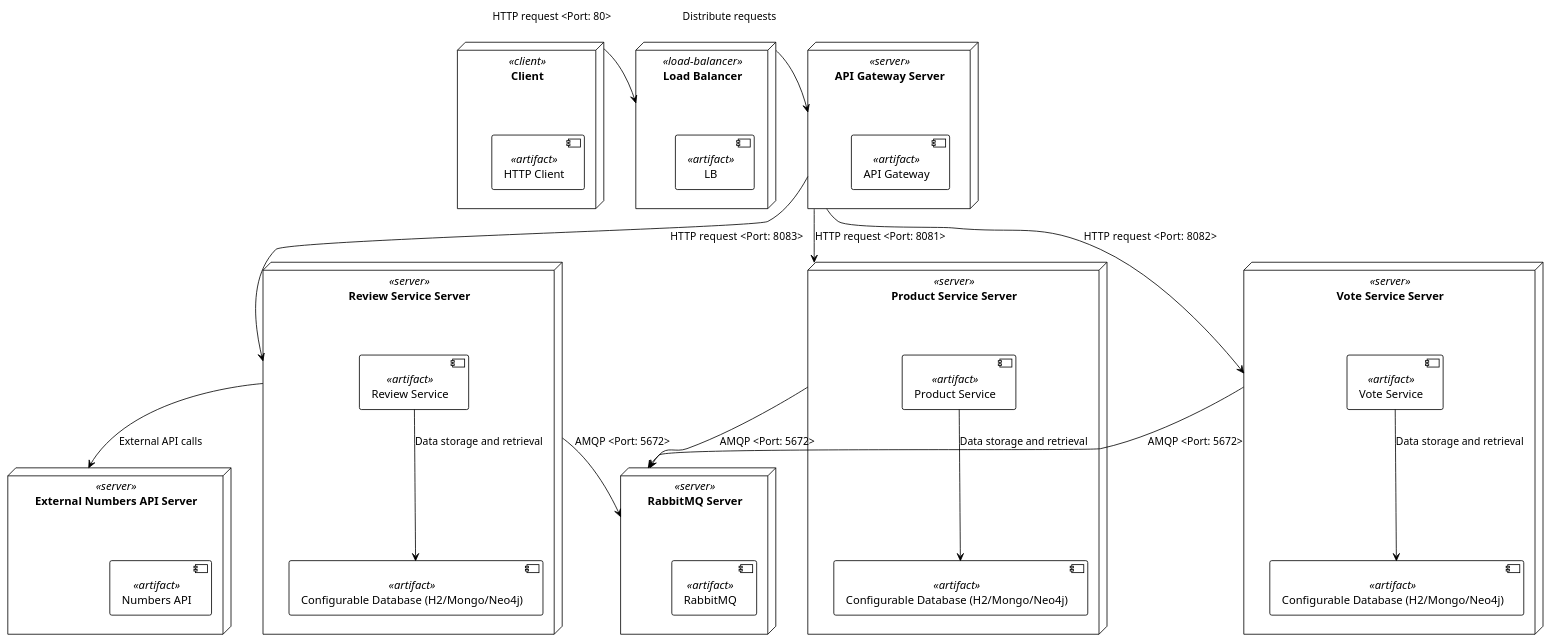
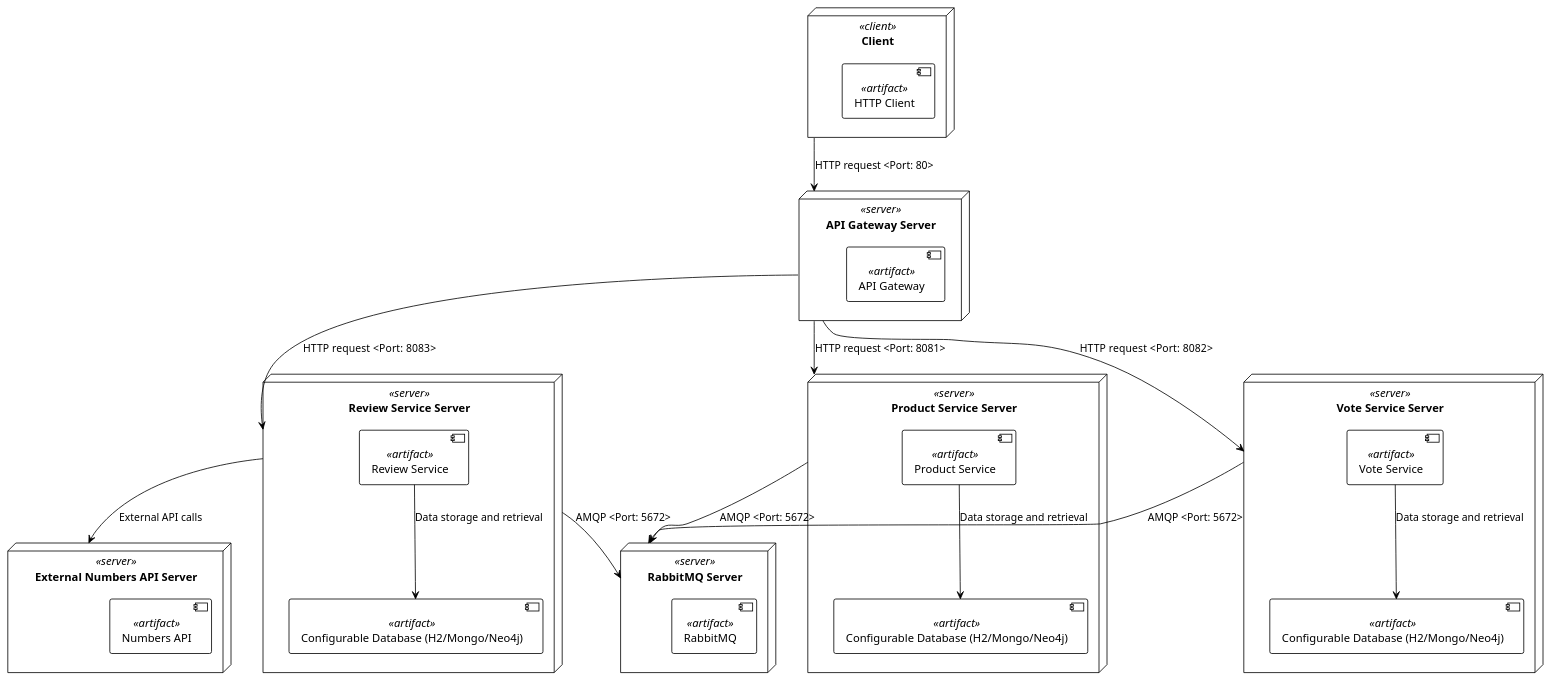
One commit to stepazel/ProductReviewApp changed the diagram in Docs/Diagrams_P2/level2-deployment_diagram.puml. Above: the diagram before and after it, drawn with PlantUML. The commit also changed 36 other files, not shown here.

Commit message:
Added report.md and generated images for every diagram

```diff
--- a/Docs/Diagrams_P2/level2-deployment_diagram.puml
+++ b/Docs/Diagrams_P2/level2-deployment_diagram.puml
@@ -1,55 +1,50 @@
 @startuml
 !theme plain
 
 node "Client" as clientServer <<client>> {
   component "HTTP Client" as client <<artifact>>
-}
-
-node "Load Balancer" as loadBalancer <<load-balancer>> {
-  component "LB" as lb <<artifact>>
 }
 
 node "API Gateway Server" as gatewayServer <<server>> {
   component "API Gateway" as gateway <<artifact>>
 }
 
 node "Review Service Server" as ReviewServer <<server>> {
   component "Review Service" as reviewService <<artifact>>
   component "Configurable Database (H2/Mongo/Neo4j)" as reviewDatabase <<artifact>>
 }
 
 node "Product Service Server" as ProductServer <<server>> {
   component "Product Service" as productService <<artifact>>
   component "Configurable Database (H2/Mongo/Neo4j)" as productDatabase <<artifact>>
 }
 
 node "Vote Service Server" as VoteServer <<server>> {
   component "Vote Service" as voteService <<artifact>>
   component "Configurable Database (H2/Mongo/Neo4j)" as voteDatabase <<artifact>>
 }
 
 node "External Numbers API Server" as numbersAPIServer <<server>> {
   component "Numbers API" as numbersAPI <<artifact>>
 }
 
 node "RabbitMQ Server" as rabbitmqServer <<server>> {
   component "RabbitMQ" as rabbitMQ <<artifact>>
 }
 
-clientServer -r-> loadBalancer : HTTP request <Port: 80>
-loadBalancer -r-> gatewayServer : Distribute requests
+clientServer --> gatewayServer : HTTP request <Port: 80>
 gatewayServer --> ProductServer  : HTTP request <Port: 8081>
 gatewayServer --> VoteServer  : HTTP request  <Port: 8082>
 gatewayServer --> ReviewServer  : HTTP request  <Port: 8083>
 
 ReviewServer --> numbersAPIServer : External API calls
 
 productService --> productDatabase : Data storage and retrieval
 voteService --> voteDatabase : Data storage and retrieval
 reviewService --> reviewDatabase : Data storage and retrieval
 
 ReviewServer --> rabbitmqServer : AMQP <Port: 5672>
 ProductServer --> rabbitmqServer : AMQP <Port: 5672>
 VoteServer --> rabbitmqServer : AMQP <Port: 5672>
 
 @enduml
```
